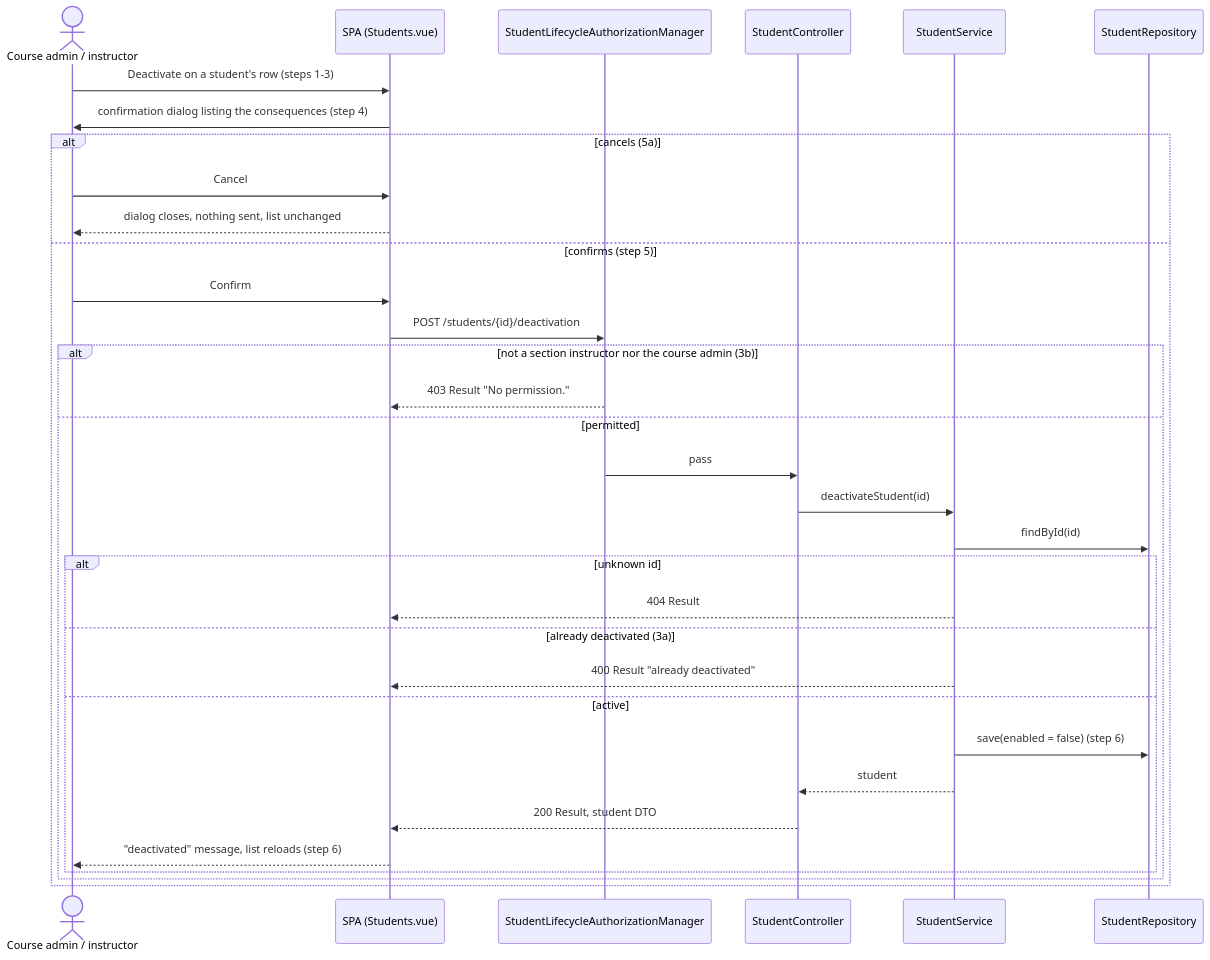
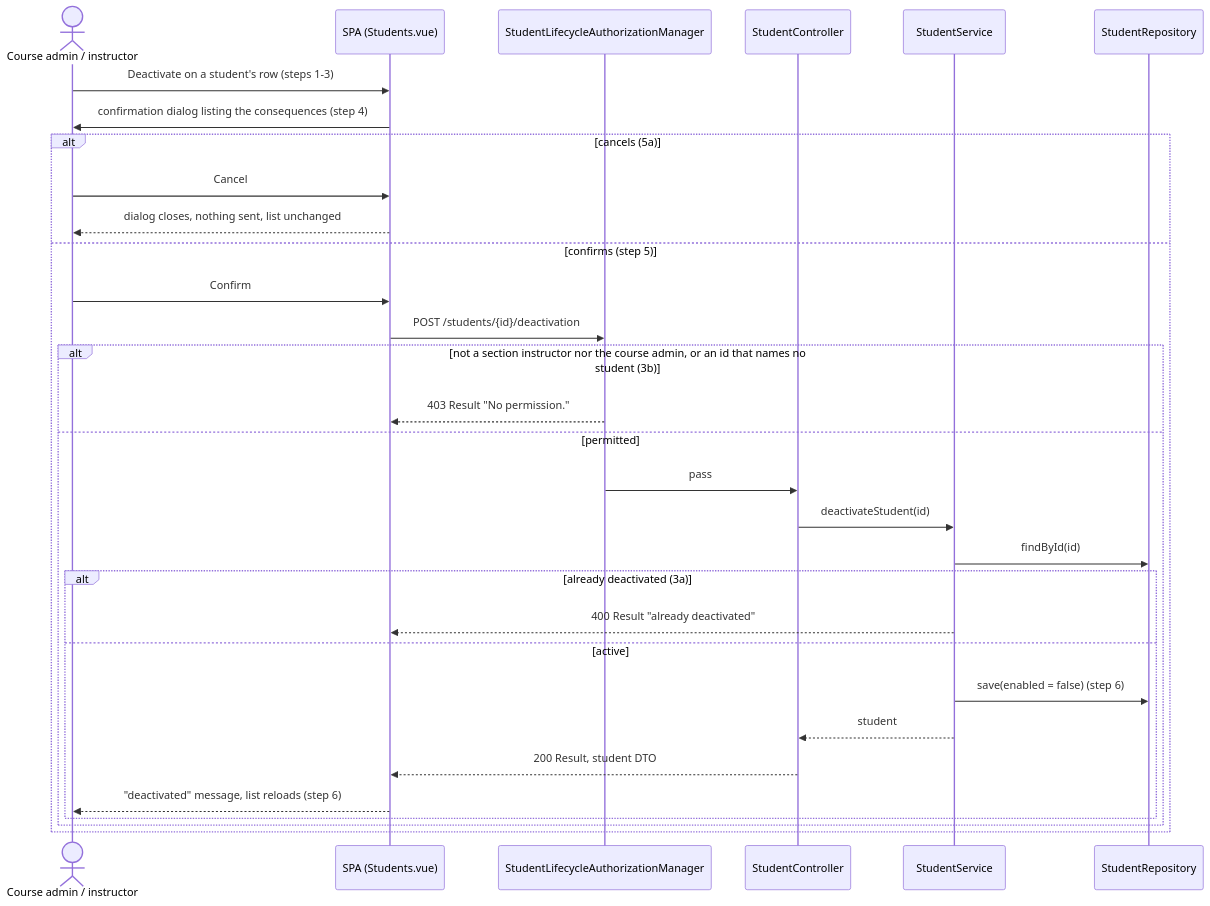
The second of 3 diagrams in docs/design/stu.md (joshua-stephen-mullins/add-a-use-case), drawn with Mermaid before and after one commit. The commit also changed other lines of this file, not shown here.

````diff
--- a/docs/design/stu.md
+++ b/docs/design/stu.md
@@ -59,35 +59,33 @@
 ```mermaid
 sequenceDiagram
     actor I as Course admin / instructor
     participant SPA as SPA (Students.vue)
     participant AM as StudentLifecycleAuthorizationManager
     participant SC as StudentController
     participant SS as StudentService
     participant DB as StudentRepository
     I->>SPA: Deactivate on a student's row (steps 1-3)
     SPA->>I: confirmation dialog listing the consequences (step 4)
     alt cancels (5a)
         I->>SPA: Cancel
         SPA-->>I: dialog closes, nothing sent, list unchanged
     else confirms (step 5)
         I->>SPA: Confirm
         SPA->>AM: POST /students/{id}/deactivation
-        alt not a section instructor nor the course admin (3b)
+        alt not a section instructor nor the course admin, or an id that names no student (3b)
             AM-->>SPA: 403 Result "No permission."
         else permitted
             AM->>SC: pass
             SC->>SS: deactivateStudent(id)
             SS->>DB: findById(id)
-            alt unknown id
-                SS-->>SPA: 404 Result
-            else already deactivated (3a)
+            alt already deactivated (3a)
                 SS-->>SPA: 400 Result "already deactivated"
             else active
                 SS->>DB: save(enabled = false) (step 6)
                 SS-->>SC: student
                 SC-->>SPA: 200 Result, student DTO
                 SPA-->>I: "deactivated" message, list reloads (step 6)
             end
         end
     end
 ```
````
